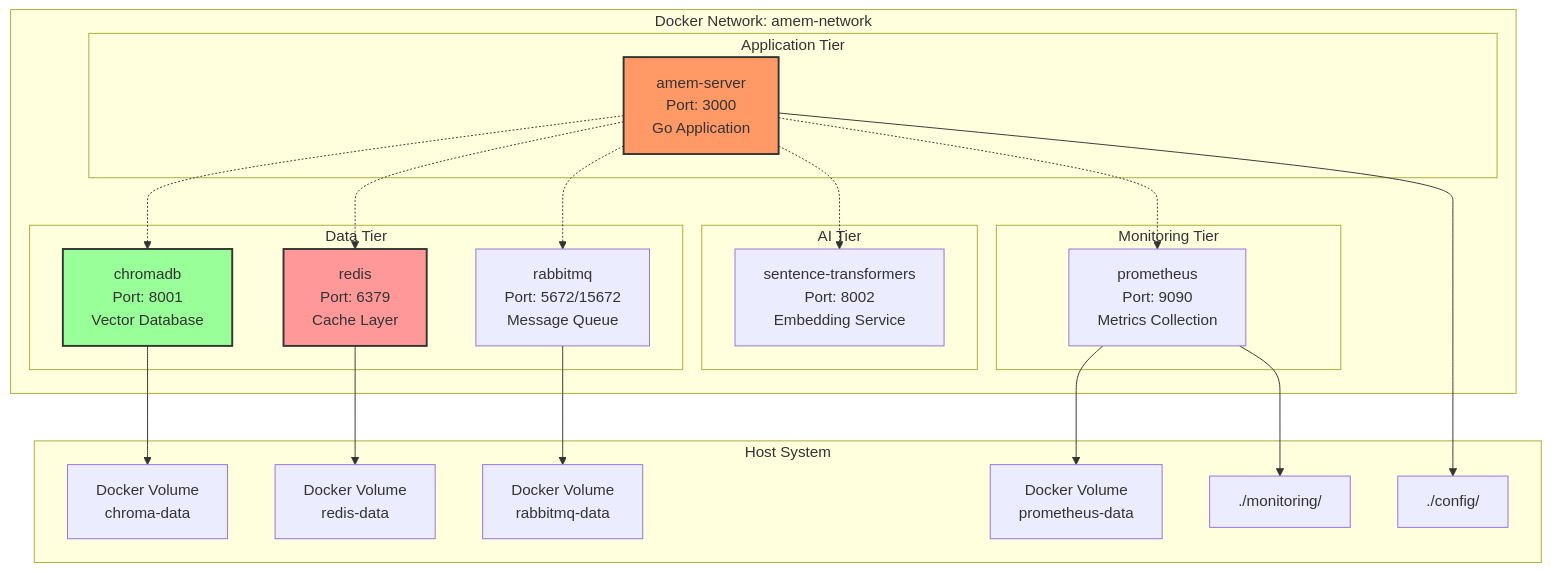
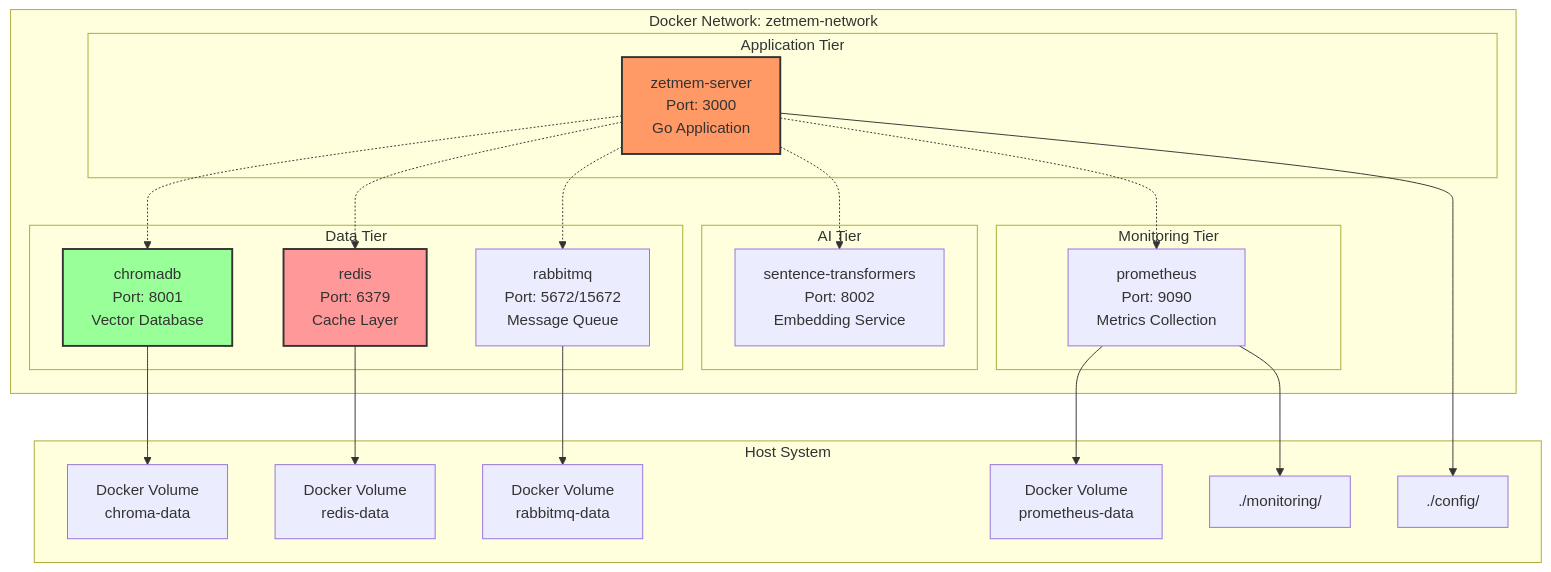
One commit to nixlim/zetmem changed the diagram in docs/architecture/deployment-topology.mermaid. Above: the diagram before and after it, drawn with Mermaid. The commit also changed 51 other files, not shown here.

```diff
--- a/docs/architecture/deployment-topology.mermaid
+++ b/docs/architecture/deployment-topology.mermaid
@@ -1,48 +1,48 @@
 graph TB
-    subgraph "Docker Network: amem-network"
+    subgraph "Docker Network: zetmem-network"
         subgraph "Application Tier"
-            APP[amem-server<br/>Port: 3000<br/>Go Application]
+            APP[zetmem-server<br/>Port: 3000<br/>Go Application]
         end
         
         subgraph "Data Tier"
             CHROMA[chromadb<br/>Port: 8001<br/>Vector Database]
             REDIS[redis<br/>Port: 6379<br/>Cache Layer]
             RABBIT[rabbitmq<br/>Port: 5672/15672<br/>Message Queue]
         end
         
         subgraph "AI Tier"
             SENT[sentence-transformers<br/>Port: 8002<br/>Embedding Service]
         end
         
         subgraph "Monitoring Tier"
             PROM[prometheus<br/>Port: 9090<br/>Metrics Collection]
         end
     end
     
     subgraph "Host System"
         VOL1[Docker Volume<br/>chroma-data]
         VOL2[Docker Volume<br/>redis-data]
         VOL3[Docker Volume<br/>rabbitmq-data]
         VOL4[Docker Volume<br/>prometheus-data]
         
         CONFIG[./config/]
         PROMCFG[./monitoring/]
     end
     
     APP -.-> CHROMA
     APP -.-> REDIS
     APP -.-> RABBIT
     APP -.-> SENT
     APP -.-> PROM
     
     CHROMA --> VOL1
     REDIS --> VOL2
     RABBIT --> VOL3
     PROM --> VOL4
     
     APP --> CONFIG
     PROM --> PROMCFG
     
     style APP fill:#f96,stroke:#333,stroke-width:2px
     style CHROMA fill:#9f9,stroke:#333,stroke-width:2px
     style REDIS fill:#f99,stroke:#333,stroke-width:2px
```
